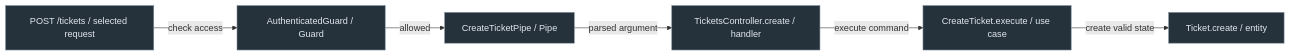
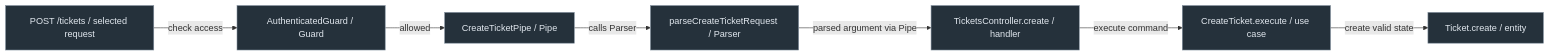
One commit to AndresTaoFlorez/software-architecture changed the diagram in backend/3-nestjs-building-blocks.md. Above: the diagram before and after it, drawn with Mermaid. The commit also changed other lines of this file and 43 other files, not shown here.

````diff
--- a/backend/3-nestjs-building-blocks.md
+++ b/backend/3-nestjs-building-blocks.md
@@ -122,10 +123,11 @@
 ```mermaid
 flowchart LR
     R["POST /tickets / selected request"] -->|"check access"| G["AuthenticatedGuard / Guard"]
     G -->|"allowed"| P["CreateTicketPipe / Pipe"]
-    P -->|"parsed argument"| H["TicketsController.create / handler"]
+    P -->|"calls Parser"| V["parseCreateTicketRequest / Parser"]
+    V -->|"parsed argument via Pipe"| H["TicketsController.create / handler"]
     H -->|"execute command"| A["CreateTicket.execute / use case"]
     A -->|"create valid state"| D["Ticket.create / entity"]
     classDef step fill:#25313b,stroke:#82909e,color:#e2e8ef
-    class R,G,P,H,A,D step
+    class R,G,P,V,H,A,D step
 ```
````
